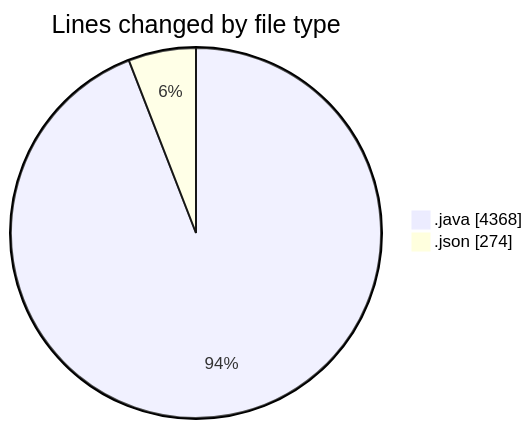
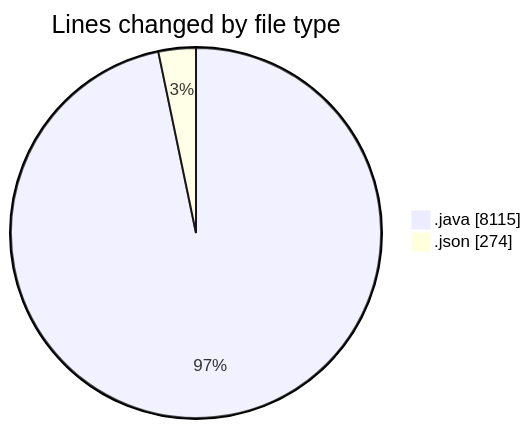
Before and after one commit to ricardozamudiocil/code-tracking: the first of 2 diagrams in 2026-09-03/cilapp/README.md, drawn with Mermaid. The commit also changed other lines of this file and 1 other file, not shown here.

````diff
--- a/2026-09-03/cilapp/README.md
+++ b/2026-09-03/cilapp/README.md
@@ -22,6 +22,6 @@
 ```mermaid
 pie showData
 title Lines changed by file type
-".java" : 4368
+".java" : 8115
 ".json" : 274
 ```
````
